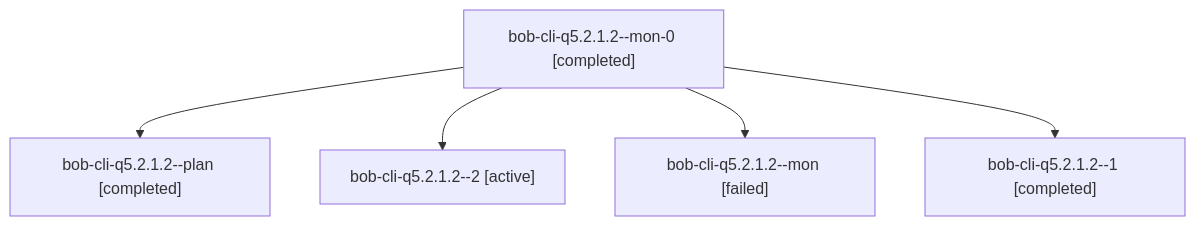
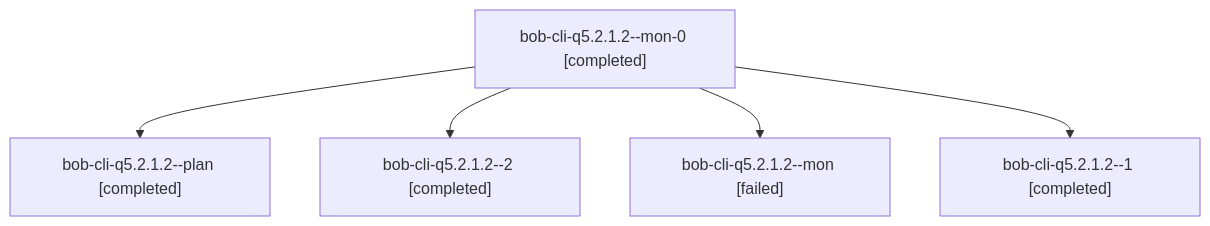
One commit to bobs-org/bob-cli--agents changed the diagram in sessions/bbugyi200.athena.bob-cli-q5.2.1.2.md. Above: the diagram before and after it, drawn with Mermaid. The commit also changed other lines of this file and 99 other files, not shown here.

````diff
--- a/sessions/bbugyi200.athena.bob-cli-q5.2.1.2.md
+++ b/sessions/bbugyi200.athena.bob-cli-q5.2.1.2.md
@@ -9,12 +9,12 @@
 ```mermaid
 flowchart TD
   n0["bob-cli-q5.2.1.2--mon-0 [completed]"]
   n1["bob-cli-q5.2.1.2--plan [completed]"]
   n0 --> n1
-  n2["bob-cli-q5.2.1.2--2 [active]"]
+  n2["bob-cli-q5.2.1.2--2 [completed]"]
   n0 --> n2
   n3["bob-cli-q5.2.1.2--mon [failed]"]
   n0 --> n3
   n4["bob-cli-q5.2.1.2--1 [completed]"]
   n0 --> n4
 ```
````
